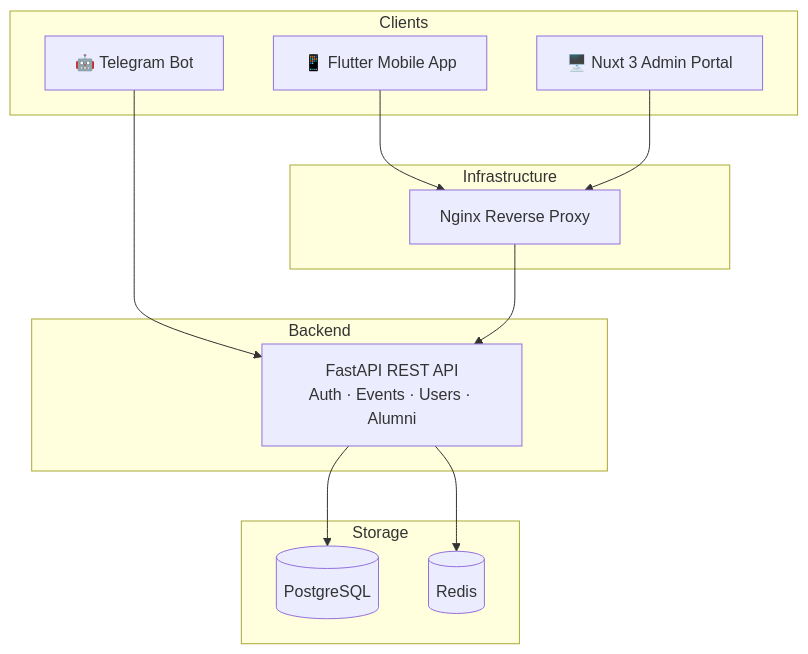
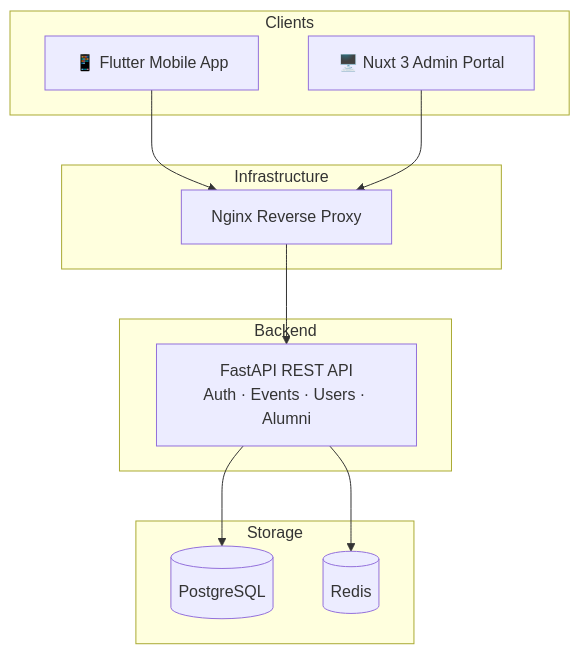
Before and after one commit to iu-alumni/.github: the diagram in profile/README.md, drawn with Mermaid. The commit also changed other lines of this file and 1 other file, not shown here.

Commit message:
fix: remove bot repo, update root README, clean up diagram
- profile/README.md: remove iu-alumni-bot row from repo table
- profile/README.md: remove bot node from Mermaid architecture diagram
- README.md: replace placeholder with useful description of repo contents
  and how GitHub org-wide defaults work

````diff
--- a/profile/README.md
+++ b/profile/README.md
@@ -23,28 +22,26 @@
 ```mermaid
 graph TD
     subgraph Clients
         MOB[📱 Flutter Mobile App]
         WEB[🖥️ Nuxt 3 Admin Portal]
-        BOT[🤖 Telegram Bot]
     end
 
     subgraph Infrastructure
         LB[Nginx Reverse Proxy]
     end
 
     subgraph Backend
         API[FastAPI REST API\nAuth · Events · Users · Alumni]
     end
 
     subgraph Storage
         DB[(PostgreSQL)]
         CACHE[(Redis)]
     end
 
     MOB --> LB
     WEB --> LB
-    BOT --> API
     LB --> API
     API --> DB
     API --> CACHE
 ```
````
